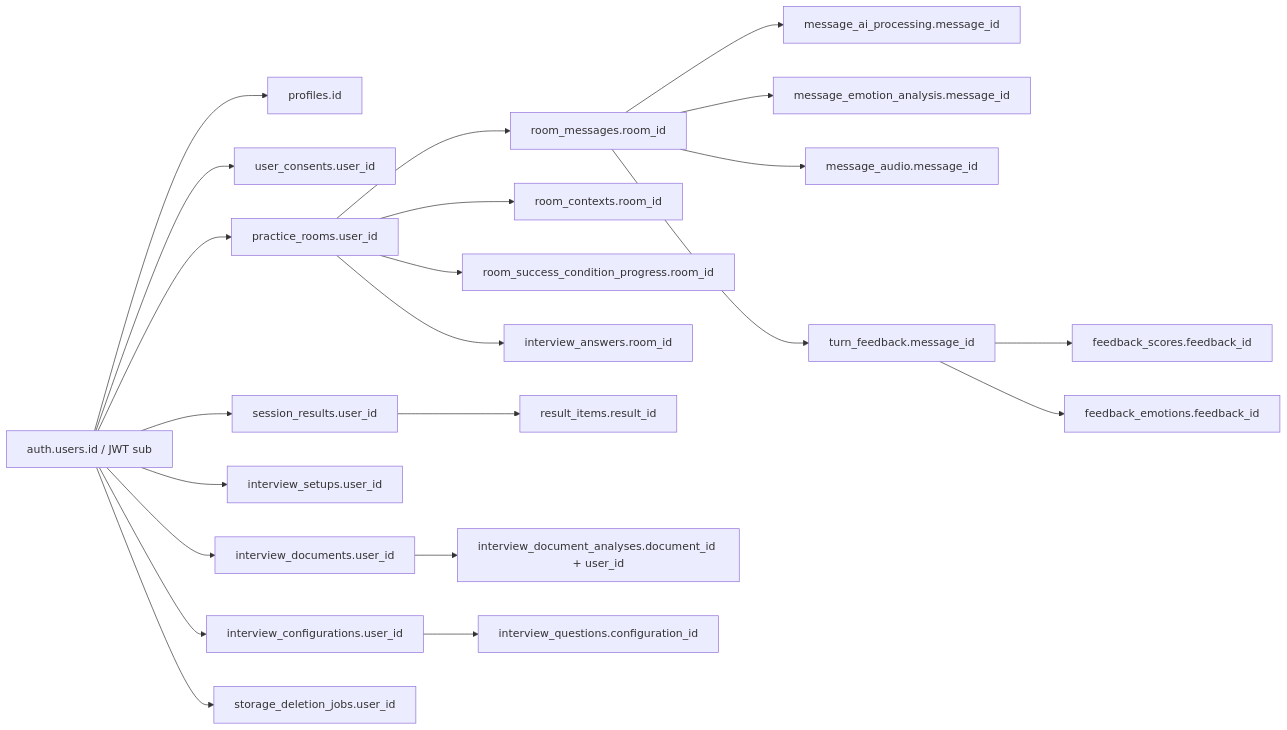
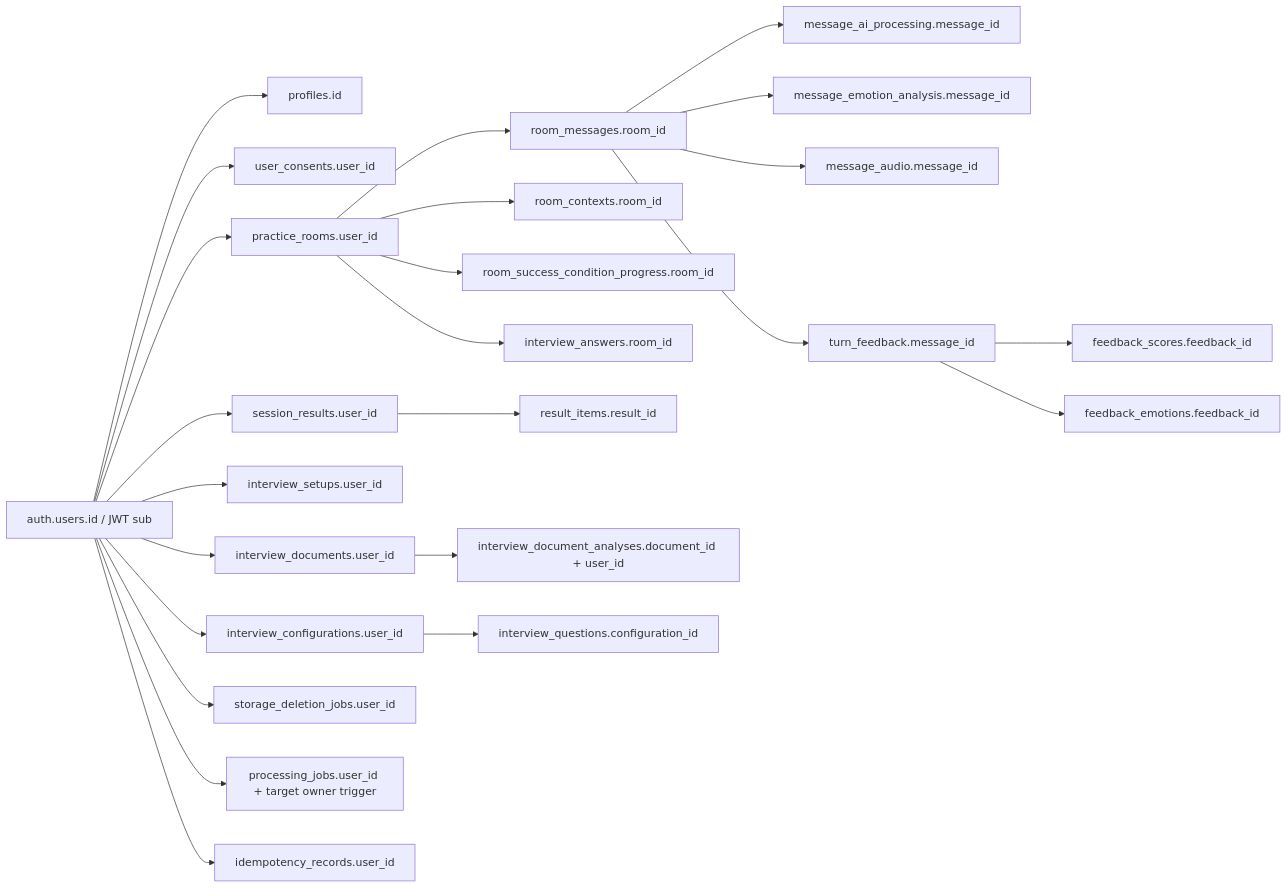
Before and after one commit to K-manner-speech/k-manner-speech-advanced-api: the fifth of 5 diagrams in docs/ERD.md, drawn with Mermaid. The commit also changed other lines of this file and 6 other files, not shown here.

````diff
--- a/docs/ERD.md
+++ b/docs/ERD.md
@@ -520,29 +645,31 @@
 ```mermaid
 flowchart LR
     U["auth.users.id / JWT sub"]
 
     U --> P["profiles.id"]
     U --> C["user_consents.user_id"]
     U --> R["practice_rooms.user_id"]
     R --> M["room_messages.room_id"]
     M --> AP["message_ai_processing.message_id"]
     M --> EA["message_emotion_analysis.message_id"]
     M --> AU["message_audio.message_id"]
     M --> F["turn_feedback.message_id"]
     F --> FS["feedback_scores.feedback_id"]
     F --> FE["feedback_emotions.feedback_id"]
     R --> RC["room_contexts.room_id"]
     R --> SCP["room_success_condition_progress.room_id"]
 
     U --> SR["session_results.user_id"]
     SR --> RI["result_items.result_id"]
 
     U --> IS["interview_setups.user_id"]
     U --> ID["interview_documents.user_id"]
     ID --> IA["interview_document_analyses.document_id + user_id"]
     U --> IC["interview_configurations.user_id"]
     IC --> IQ["interview_questions.configuration_id"]
     R --> IAN["interview_answers.room_id"]
 
     U --> SDJ["storage_deletion_jobs.user_id"]
+    U --> PJ["processing_jobs.user_id + target owner trigger"]
+    U --> IR["idempotency_records.user_id"]
 ```
````
